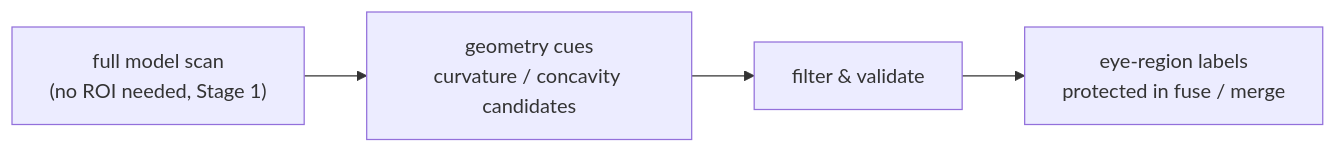
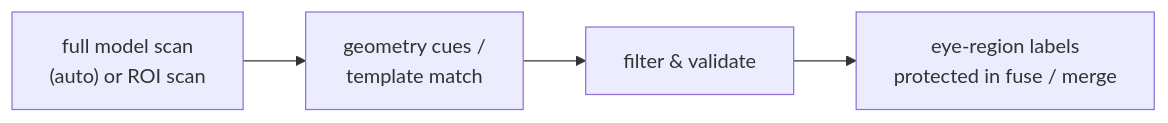
Before and after one commit to ZackaryShen/ColorYourModel: the diagram in docs/algorithms/eye-detection.md, drawn with Mermaid. The commit also changed other lines of this file and 46 other files, not shown here.

````diff
--- a/docs/algorithms/eye-detection.md
+++ b/docs/algorithms/eye-detection.md
@@ -9,6 +17,6 @@
 ```mermaid
 flowchart LR
-    M["full model scan<br/>(no ROI needed, Stage 1)"] --> C["geometry cues<br/>curvature / concavity candidates"]
+    M["full model scan<br/>(auto) or ROI scan"] --> C["geometry cues /<br/>template match"]
     C --> F["filter & validate"]
     F --> E["eye-region labels<br/>protected in fuse / merge"]
 ```
````
